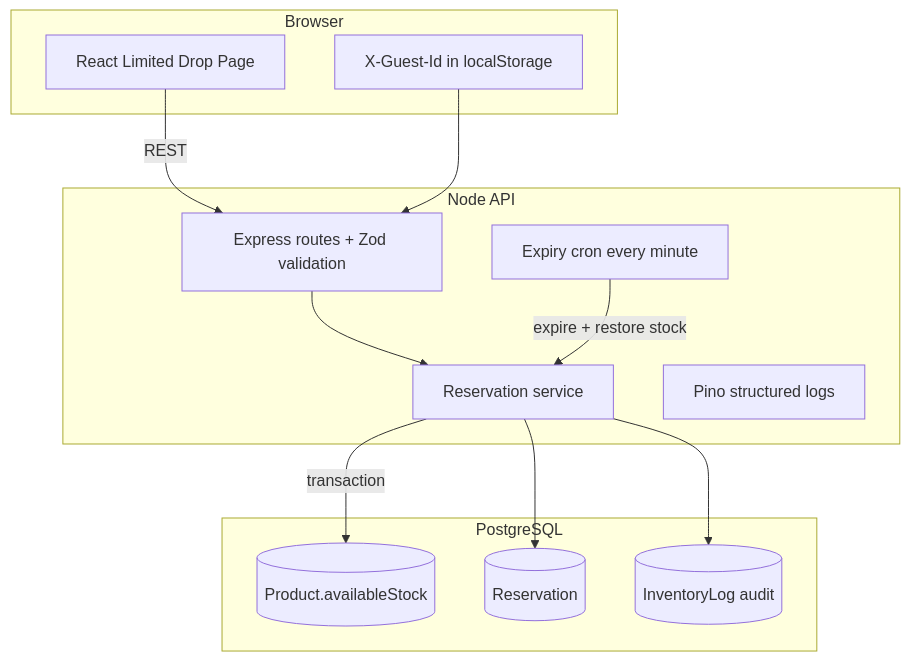
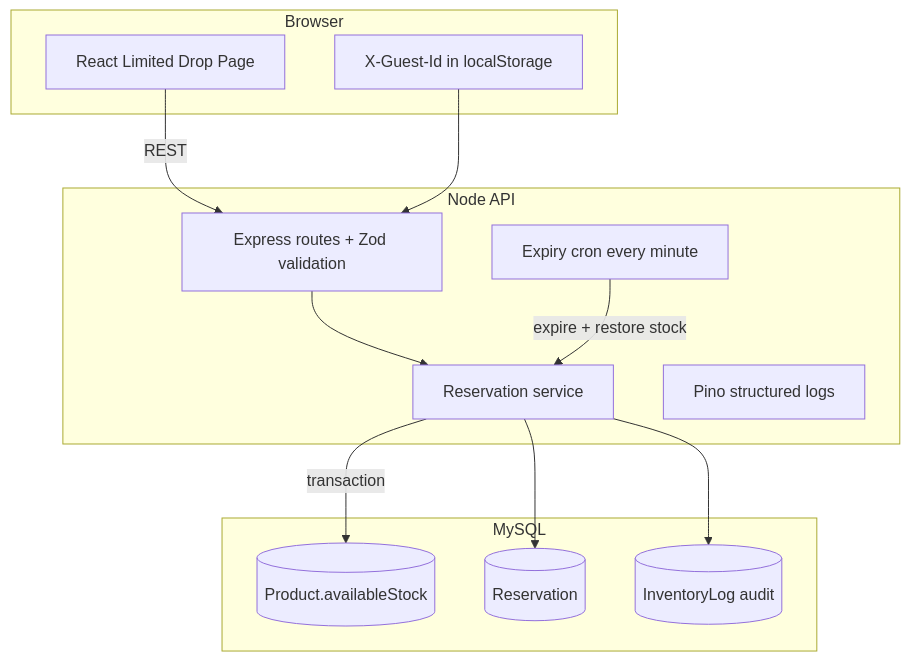
One commit to Habimana06/StockGuard changed the diagram in README.md. Above: the diagram before and after it, drawn with Mermaid. The commit also changed other lines of this file and 13 other files, not shown here.

````diff
--- a/README.md
+++ b/README.md
@@ -44,28 +44,28 @@
 ```mermaid
 flowchart TB
   subgraph client [Browser]
     UI[React Limited Drop Page]
     Guest[X-Guest-Id in localStorage]
   end
 
   subgraph api [Node API]
     Routes[Express routes + Zod validation]
     Svc[Reservation service]
     Cron[Expiry cron every minute]
     Log[Pino structured logs]
   end
 
-  subgraph data [PostgreSQL]
+  subgraph data [MySQL]
     Product[(Product.availableStock)]
     Res[(Reservation)]
     Inv[(InventoryLog audit)]
   end
 
   UI -->|REST| Routes
   Guest --> Routes
   Routes --> Svc
   Svc -->|transaction| Product
   Svc --> Res
   Svc --> Inv
   Cron -->|expire + restore stock| Svc
 ```
````
